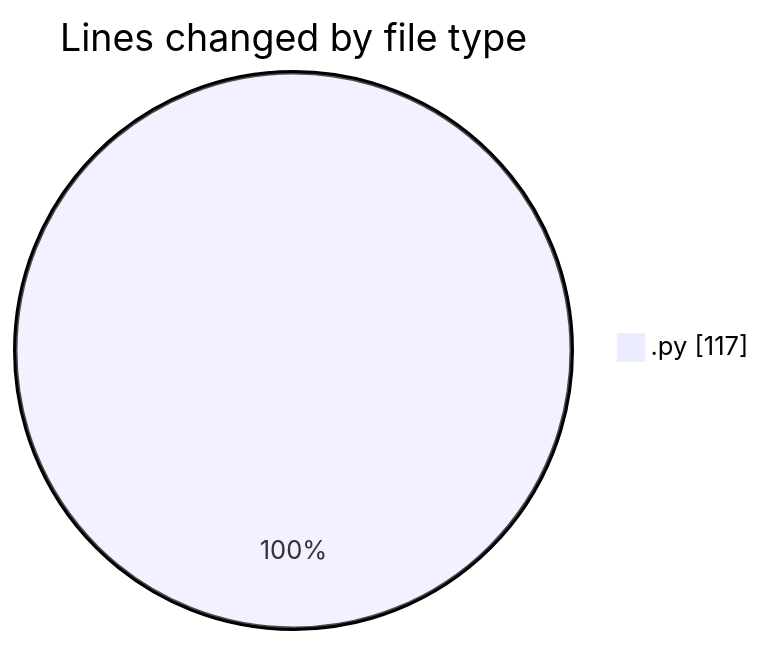
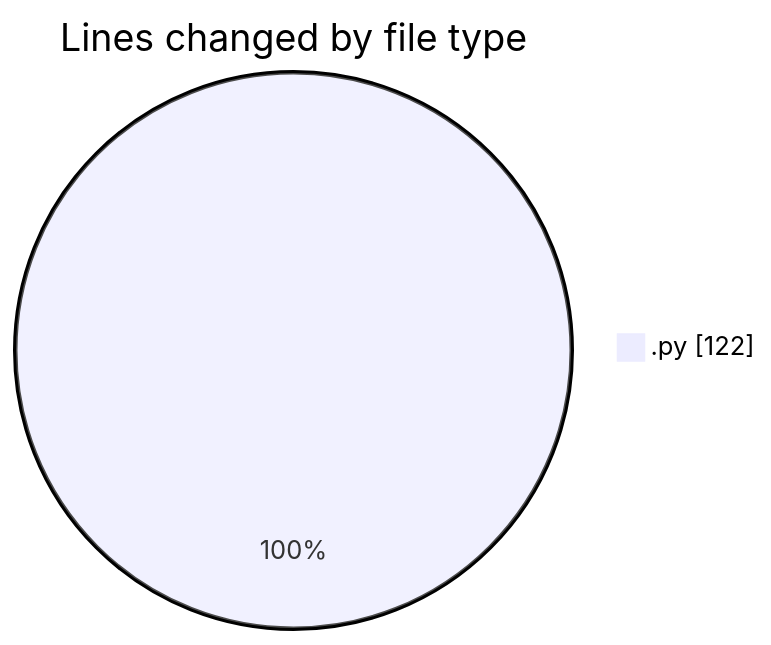
One commit to trdunsworth/code-tracking changed the first of 2 diagrams in 2025-03-28/synth_911data_gen/README.md. Above: the diagram before and after it, drawn with Mermaid. The commit also changed other lines of this file and 1 other file, not shown here.

````diff
--- a/2025-03-28/synth_911data_gen/README.md
+++ b/2025-03-28/synth_911data_gen/README.md
@@ -20,5 +20,5 @@
 ```mermaid
 pie showData
 title Lines changed by file type
-".py" : 117
+".py" : 122
 ```
````
